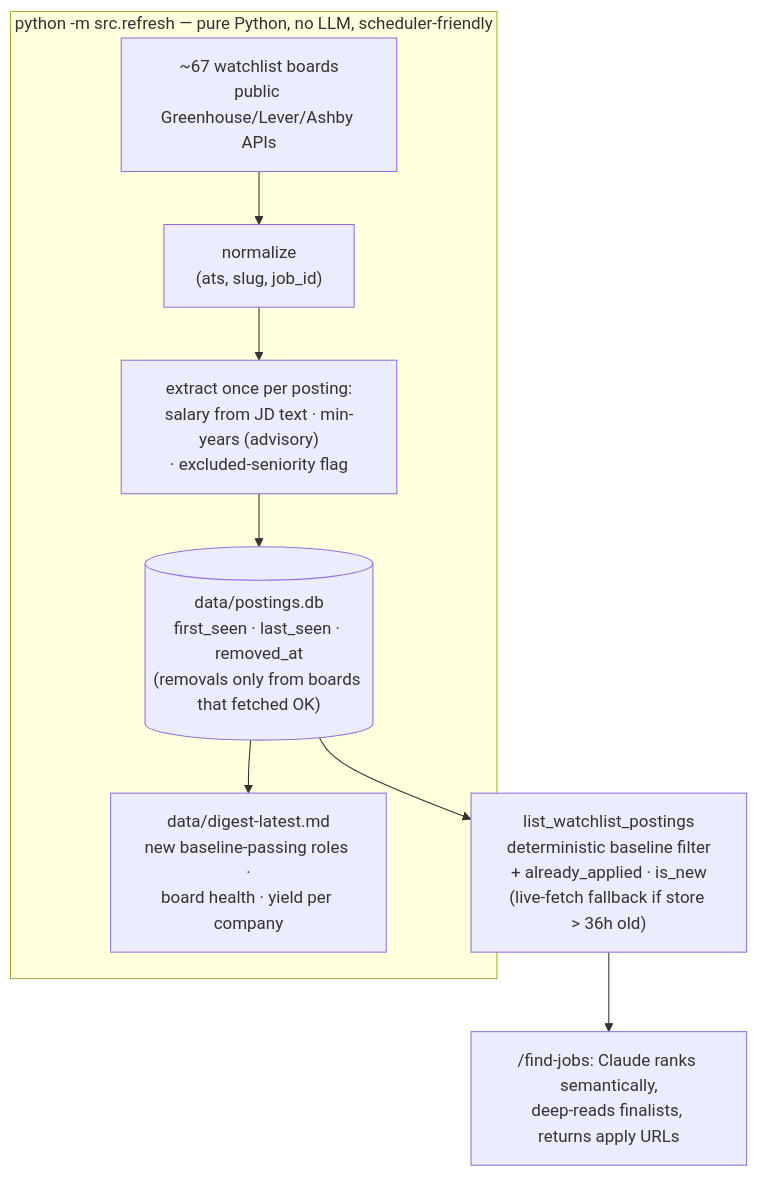
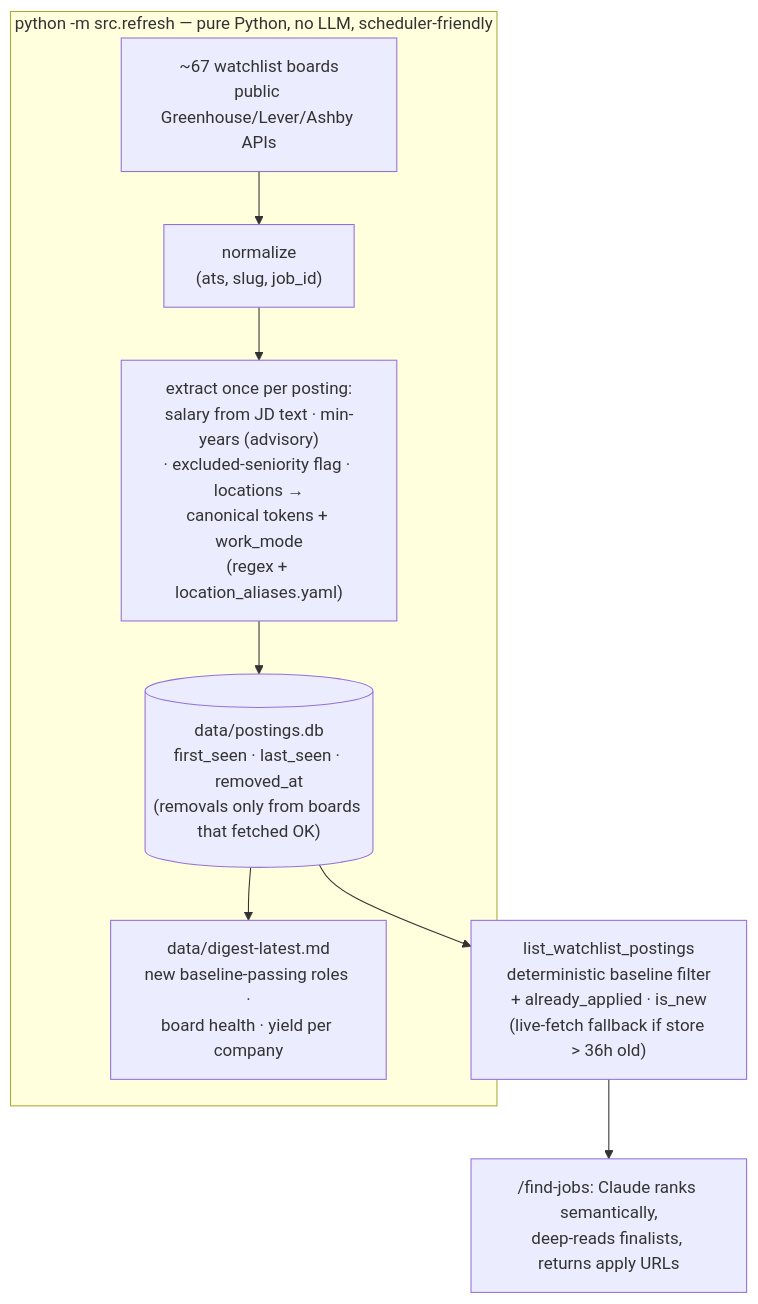
Before and after one commit to sbhaskaran0/job-applier: the first of 7 diagrams in README.md, drawn with Mermaid. The commit also changed other lines of this file and 19 other files, not shown here.

````diff
--- a/README.md
+++ b/README.md
@@ -67,11 +67,11 @@
 ```mermaid
 flowchart TD
     subgraph ING["python -m src.refresh — pure Python, no LLM, scheduler-friendly"]
         B["~67 watchlist boards<br/>public Greenhouse/Lever/Ashby APIs"] --> N["normalize<br/>(ats, slug, job_id)"]
-        N --> X["extract once per posting:<br/>salary from JD text · min-years (advisory)<br/>· excluded-seniority flag"]
+        N --> X["extract once per posting:<br/>salary from JD text · min-years (advisory)<br/>· excluded-seniority flag · locations →<br/>canonical tokens + work_mode<br/>(regex + location_aliases.yaml)"]
         X --> DB[("data/postings.db<br/>first_seen · last_seen · removed_at<br/>(removals only from boards that fetched OK)")]
         DB --> DG["data/digest-latest.md<br/>new baseline-passing roles ·<br/>board health · yield per company"]
     end
     DB --> Q["list_watchlist_postings<br/>deterministic baseline filter<br/>+ already_applied · is_new<br/>(live-fetch fallback if store > 36h old)"]
     Q --> R["/find-jobs: Claude ranks semantically,<br/>deep-reads finalists, returns apply URLs"]
 ```
````
